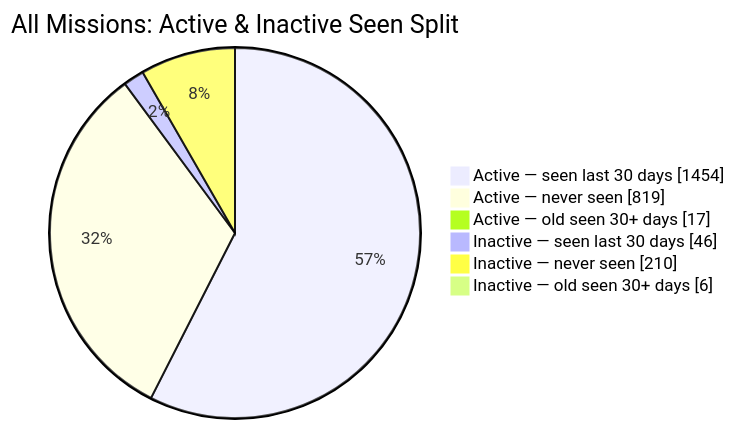
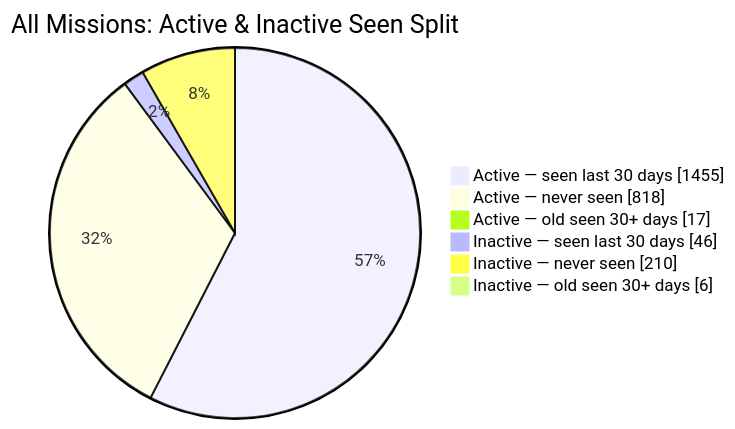
One commit to MeldkamerspelGameTeam/active-missions changed the second of 2 diagrams in README.md. Above: the diagram before and after it, drawn with Mermaid. The commit also changed other lines of this file and 3 other files, not shown here.

````diff
--- a/README.md
+++ b/README.md
@@ -44,10 +44,10 @@
 ```mermaid
 pie showData
     title All Missions: Active & Inactive Seen Split
-    "Active — seen last 30 days" : 1454
-    "Active — never seen" : 819
+    "Active — seen last 30 days" : 1455
+    "Active — never seen" : 818
     "Active — old seen 30+ days" : 17
     "Inactive — seen last 30 days" : 46
     "Inactive — never seen" : 210
     "Inactive — old seen 30+ days" : 6
 ```
````
